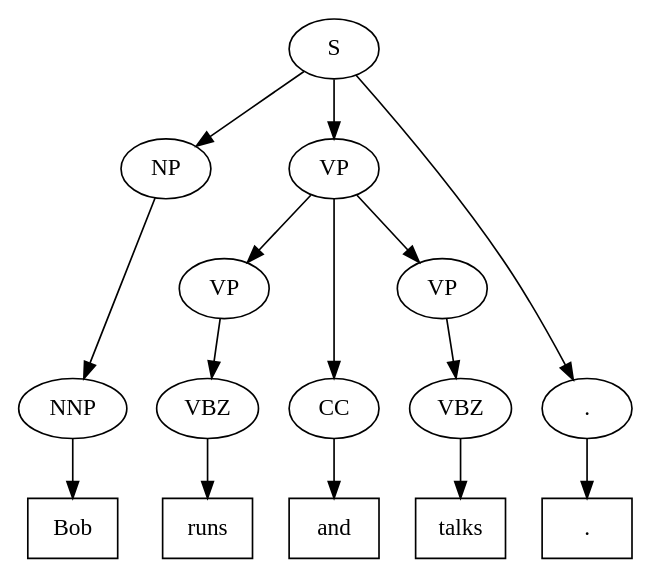
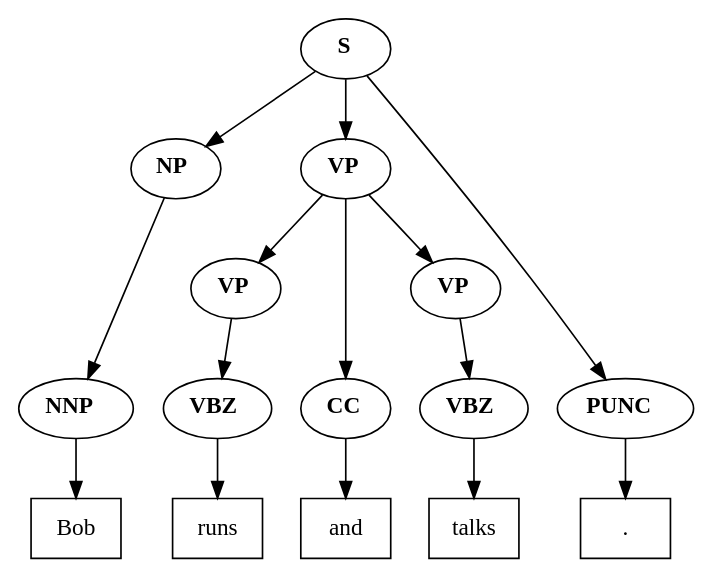
One commit to Mome/treepattern changed the diagram in paper/images/headsplit_parsetree.dot. Above: the diagram before and after it, drawn with Graphviz. The commit also changed 7 other files, not shown here.

```diff
--- a/paper/images/headsplit_parsetree.dot
+++ b/paper/images/headsplit_parsetree.dot
@@ -1,33 +1,33 @@
 digraph PropTree{
-N3010938572 [label="S"]
-N3010940012 [label="NP"]
-N3010940204 [label="NNP"]
+N3010938572 [label=<<b>S</b>>]
+N3010940012 [label=<<b>NP</b>>]
+N3010940204 [label=<<b>NNP</b>>]
 T0 [shape=box, label="Bob"]
-N3010940172 [label="VP"]
-N3010940428 [label="VP"]
-N3010940556 [label="VBZ"]
+N3010940172 [label=<<b>VP</b>>]
+N3010940428 [label=<<b>VP</b>>]
+N3010940556 [label=<<b>VBZ</b>>]
 T1 [shape=box, label="runs"]
-N3010940524 [label="CC"]
+N3010940524 [label=<<b>CC</b>>]
 T2 [shape=box, label="and"]
-N3010940716 [label="VP"]
-N3010940844 [label="VBZ"]
+N3010940716 [label=<<b>VP</b>>]
+N3010940844 [label=<<b>VBZ</b>>]
 T3 [shape=box, label="talks"]
-N3010940396 [label="."]
+N3010940396 [label=<<b>PUNC</b>>]
 T4 [shape=box, label="."]
 N3010938572 -> N3010940012
 N3010940012 -> N3010940204
 N3010940204 -> T0
 N3010938572 -> N3010940172
 N3010940172 -> N3010940428
 N3010940428 -> N3010940556
 N3010940556 -> T1
 N3010940172 -> N3010940524
 N3010940524 -> T2
 N3010940172 -> N3010940716
 N3010940716 -> N3010940844
 N3010940844 -> T3
 N3010938572 -> N3010940396
 N3010940396 -> T4
 { rank=same; N3010940204, N3010940556, N3010940524, N3010940844, N3010940396}
 { rank=same; T0, T1, T2, T3, T4}
 }
```
